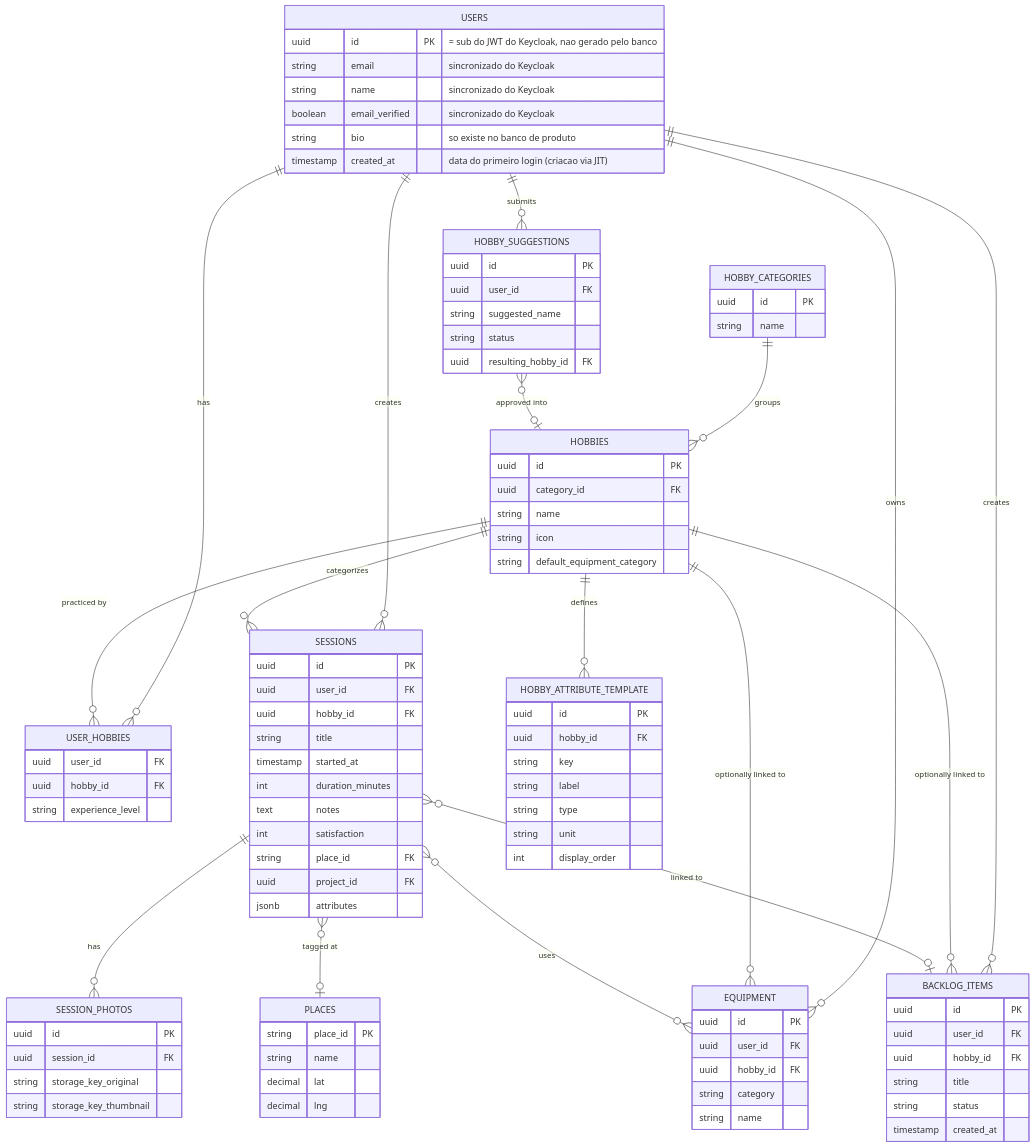
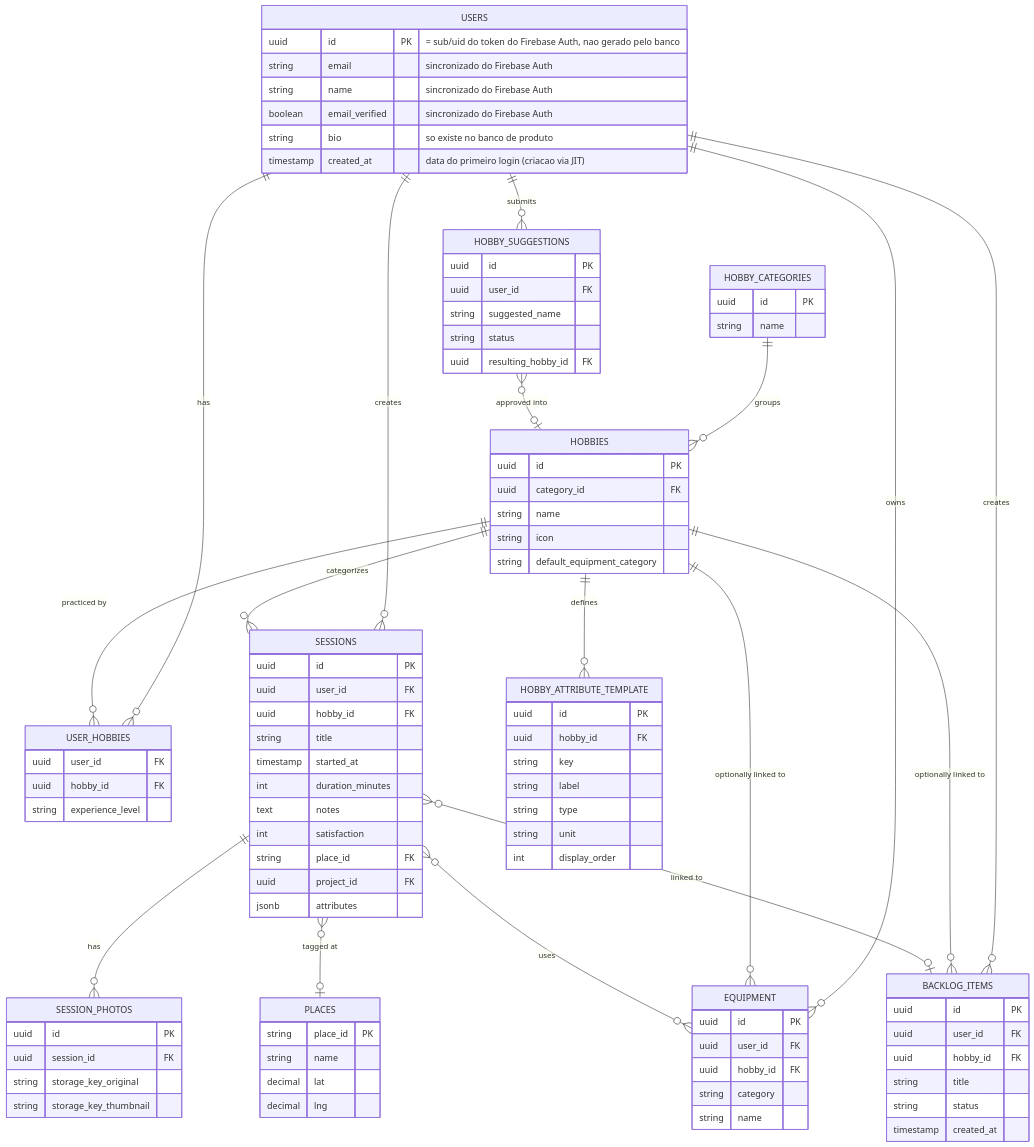
Before and after one commit to JoaoDallagnol/hobby-saas-backend: the first of 2 diagrams in docs/modelagem-banco-dados.md, drawn with Mermaid. The commit also changed other lines of this file and 4 other files, not shown here.

Commit message:
roadmap stack config

```diff
--- a/docs/modelagem-banco-dados.md
+++ b/docs/modelagem-banco-dados.md
@@ -29,10 +29,10 @@
     HOBBY_SUGGESTIONS }o--o| HOBBIES : "approved into"
 
     USERS {
-        uuid id PK "= sub do JWT do Keycloak, nao gerado pelo banco"
-        string email "sincronizado do Keycloak"
-        string name "sincronizado do Keycloak"
-        boolean email_verified "sincronizado do Keycloak"
+        uuid id PK "= sub/uid do token do Firebase Auth, nao gerado pelo banco"
+        string email "sincronizado do Firebase Auth"
+        string name "sincronizado do Firebase Auth"
+        boolean email_verified "sincronizado do Firebase Auth"
         string bio "so existe no banco de produto"
         timestamp created_at "data do primeiro login (criacao via JIT)"
     }
```
